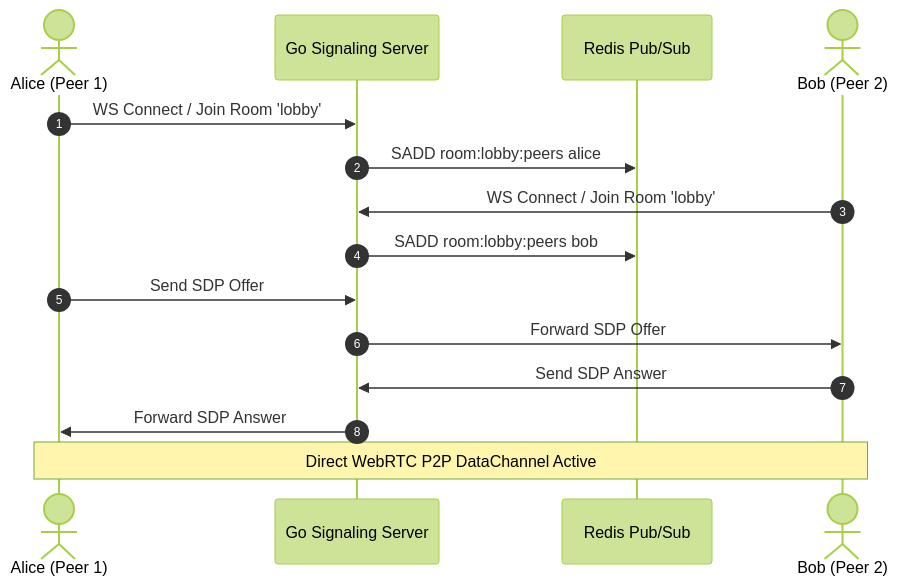
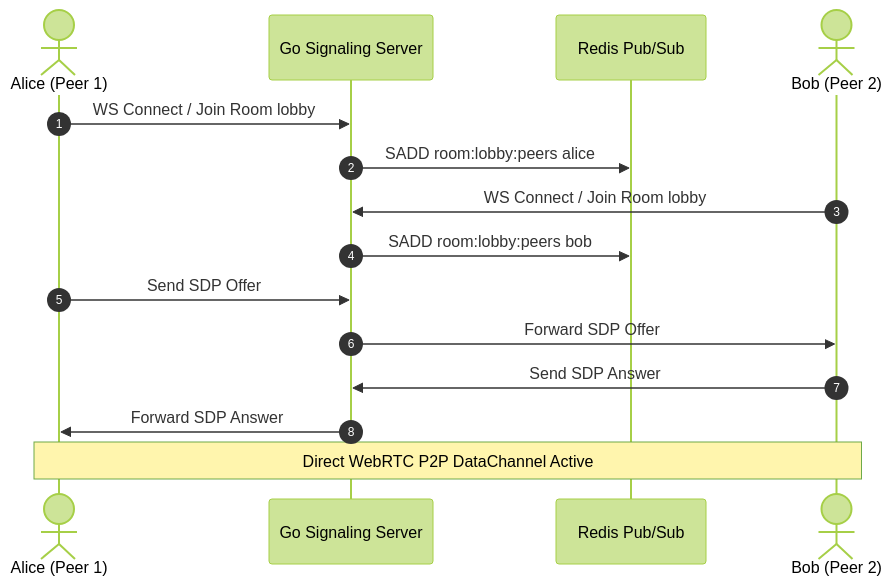
Before and after one commit to Bittu5134/bittu5134.github.io: the second of 3 diagrams in public/raw/blogs/engineering-handbook-and-syntax-showcase.md, drawn with Mermaid (forest theme). The commit also changed other lines of this file and 18 other files, not shown here.

````diff
--- a/public/raw/blogs/engineering-handbook-and-syntax-showcase.md
+++ b/public/raw/blogs/engineering-handbook-and-syntax-showcase.md
@@ -232,18 +232,18 @@
 ```mermaid
 sequenceDiagram
     autonumber
     actor Alice as Alice (Peer 1)
     participant Server as Go Signaling Server
     participant Redis as Redis Pub/Sub
     actor Bob as Bob (Peer 2)
 
-    Alice->>Server: WS Connect / Join Room 'lobby'
+    Alice->>Server: WS Connect / Join Room lobby
     Server->>Redis: SADD room:lobby:peers alice
-    Bob->>Server: WS Connect / Join Room 'lobby'
+    Bob->>Server: WS Connect / Join Room lobby
     Server->>Redis: SADD room:lobby:peers bob
     Alice->>Server: Send SDP Offer
     Server->>Bob: Forward SDP Offer
     Bob->>Server: Send SDP Answer
     Server->>Alice: Forward SDP Answer
     Note over Alice,Bob: Direct WebRTC P2P DataChannel Active
 ```
````
